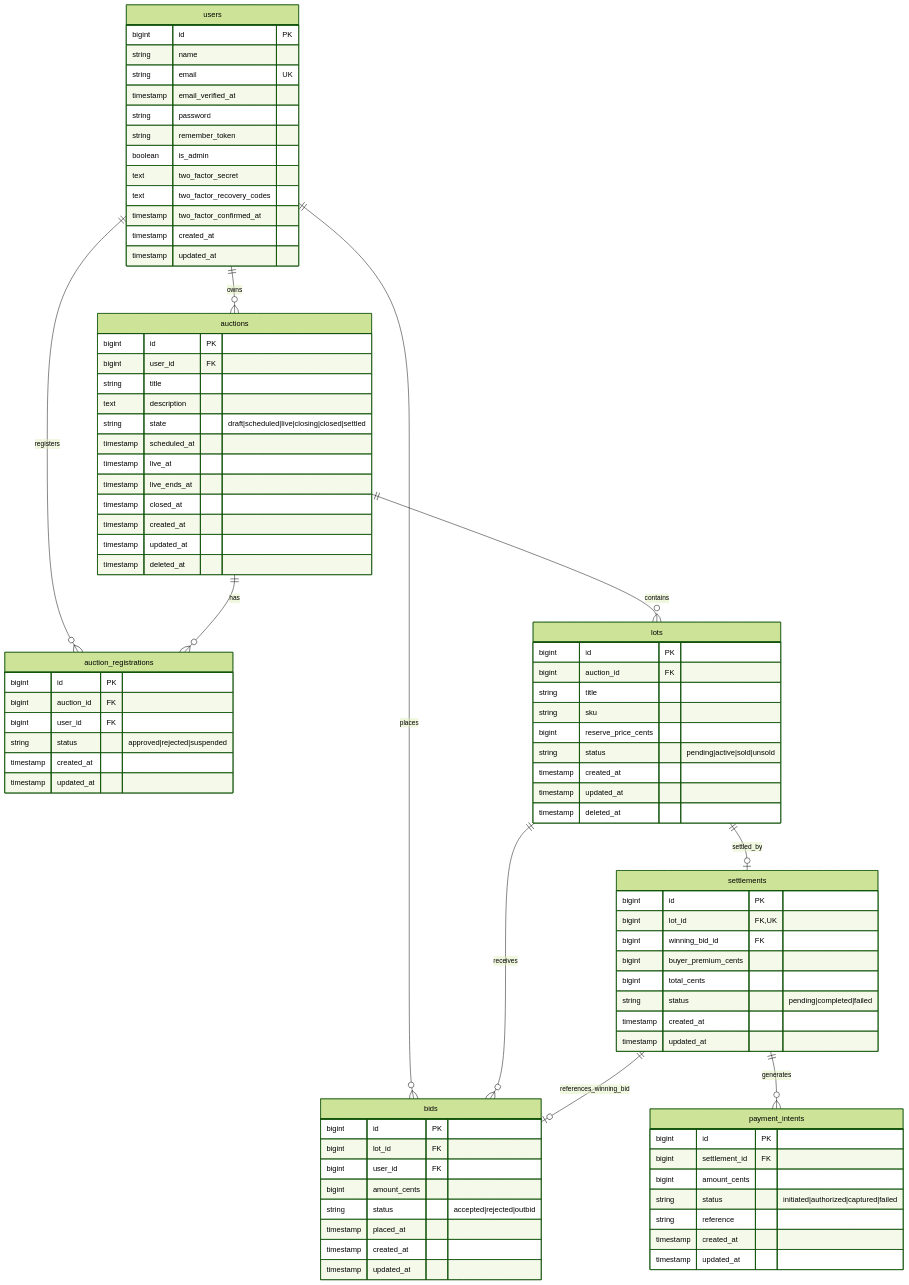
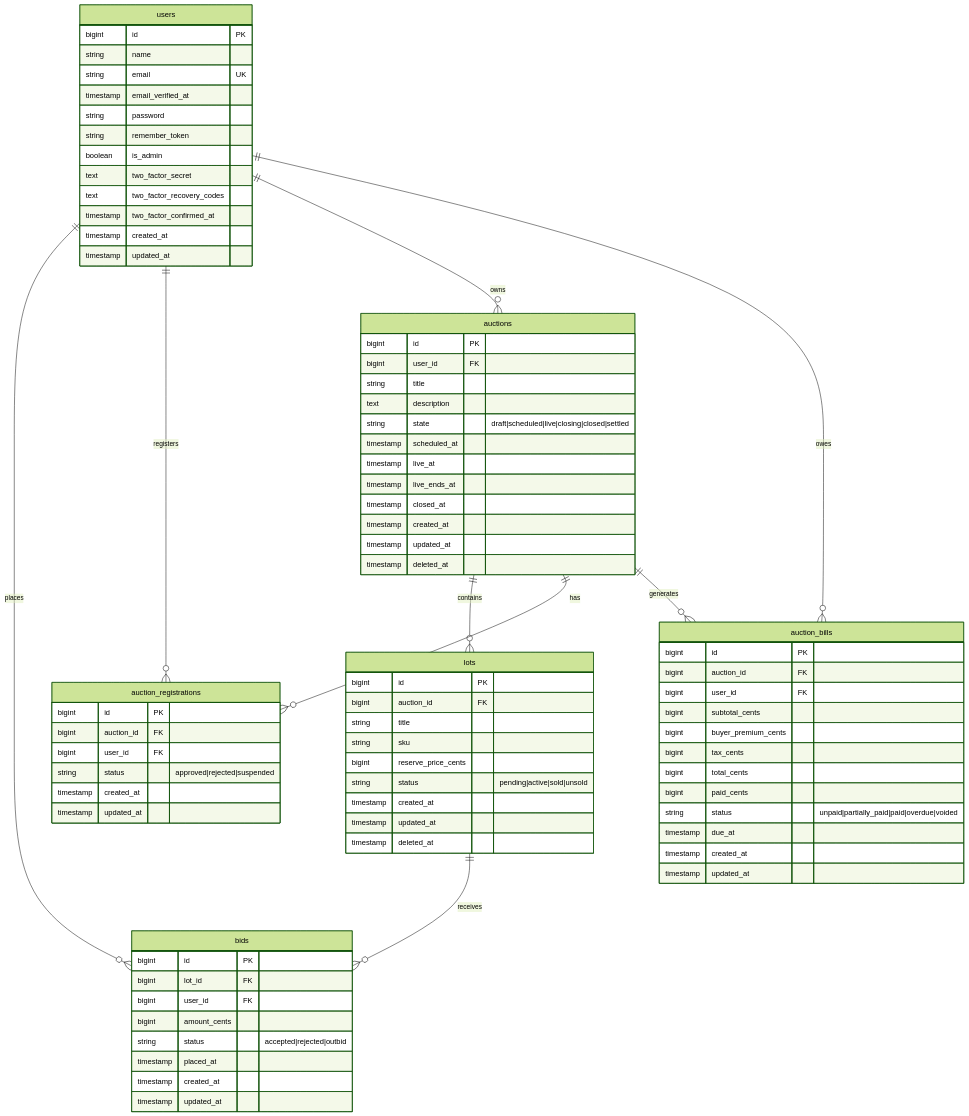
The diagram in docs/ER-DIAGRAM.md (danielh-official/auctic-demo), drawn with Mermaid (forest theme) before and after one commit. The commit also changed other lines of this file and 20 other files, not shown here.

Commit message:
Use AuctionBillStatus, remove old models

```diff
--- a/docs/ER-DIAGRAM.md
+++ b/docs/ER-DIAGRAM.md
@@ -46,7 +46,6 @@
     }
 
     lots ||--o{ bids : "receives"
-    lots ||--o| settlements : "settled_by"
     lots {
         bigint id PK
         bigint auction_id FK
@@ -79,25 +78,19 @@
         timestamp updated_at
     }
 
-    settlements ||--o{ payment_intents : "generates"
-    settlements ||--o| bids : "references_winning_bid"
-    settlements {
+    auctions ||--o{ auction_bills : "generates"
+    users ||--o{ auction_bills : "owes"
+    auction_bills {
         bigint id PK
-        bigint lot_id FK, UK
-        bigint winning_bid_id FK
+        bigint auction_id FK
+        bigint user_id FK
+        bigint subtotal_cents
         bigint buyer_premium_cents
+        bigint tax_cents
         bigint total_cents
-        string status "pending|completed|failed"
-        timestamp created_at
-        timestamp updated_at
-    }
-
-    payment_intents {
-        bigint id PK
-        bigint settlement_id FK
-        bigint amount_cents
-        string status "initiated|authorized|captured|failed"
-        string reference
+        bigint paid_cents
+        string status "unpaid|partially_paid|paid|overdue|voided"
+        timestamp due_at
         timestamp created_at
         timestamp updated_at
     }
```
